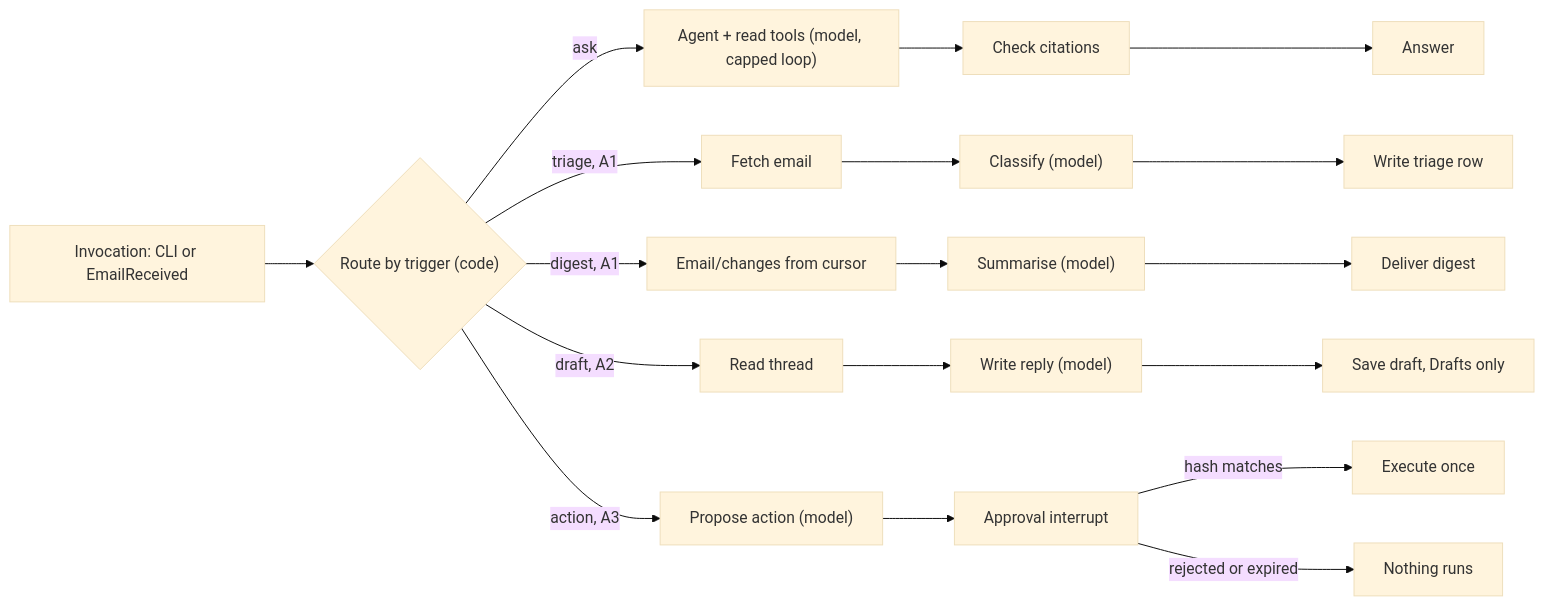
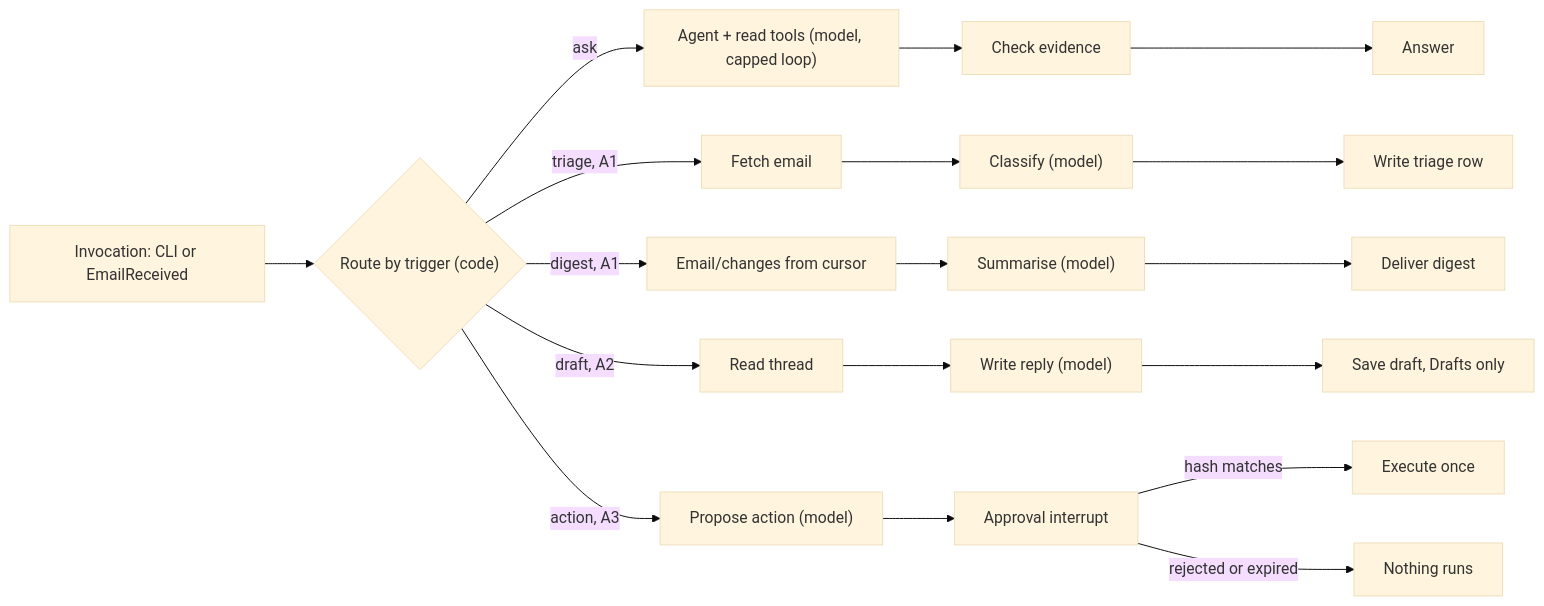
The diagram in docs/specs/agent.md (zero11-0203/s3mail), drawn with Mermaid (base theme) before and after one commit. The commit also changed other lines of this file and 31 other files, not shown here.

````diff
--- a/docs/specs/agent.md
+++ b/docs/specs/agent.md
@@ -55,11 +55,11 @@
 ```mermaid
 flowchart LR
     IN["Invocation: CLI or EmailReceived"] --> R{"Route by trigger (code)"}
-    R -->|ask| Q1["Agent + read tools (model, capped loop)"] --> Q2["Check citations"] --> Q3["Answer"]
+    R -->|ask| Q1["Agent + read tools (model, capped loop)"] --> Q2["Check evidence"] --> Q3["Answer"]
     R -->|triage, A1| T1["Fetch email"] --> T2["Classify (model)"] --> T3["Write triage row"]
     R -->|digest, A1| D1["Email/changes from cursor"] --> D2["Summarise (model)"] --> D3["Deliver digest"]
     R -->|draft, A2| F1["Read thread"] --> F2["Write reply (model)"] --> F3["Save draft, Drafts only"]
     R -->|action, A3| P1["Propose action (model)"] --> P2["Approval interrupt"]
     P2 -->|hash matches| P3["Execute once"]
     P2 -->|rejected or expired| P4["Nothing runs"]
 ```
````
